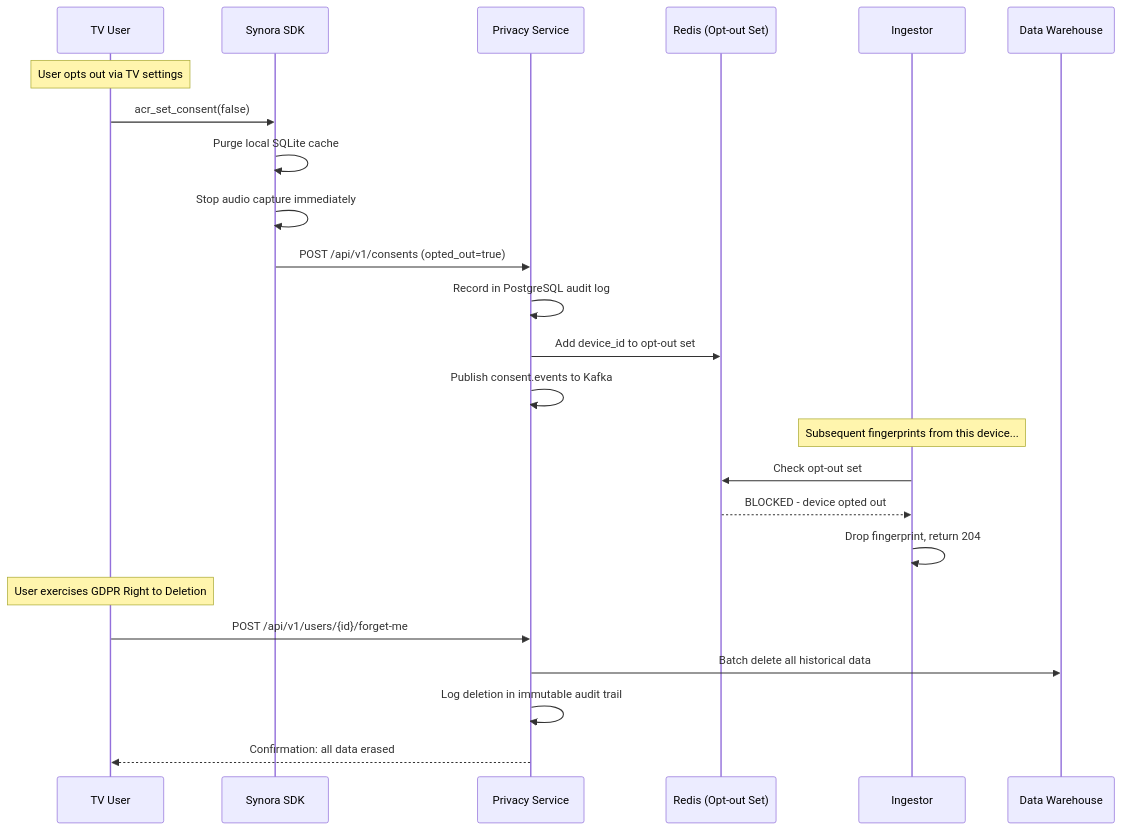
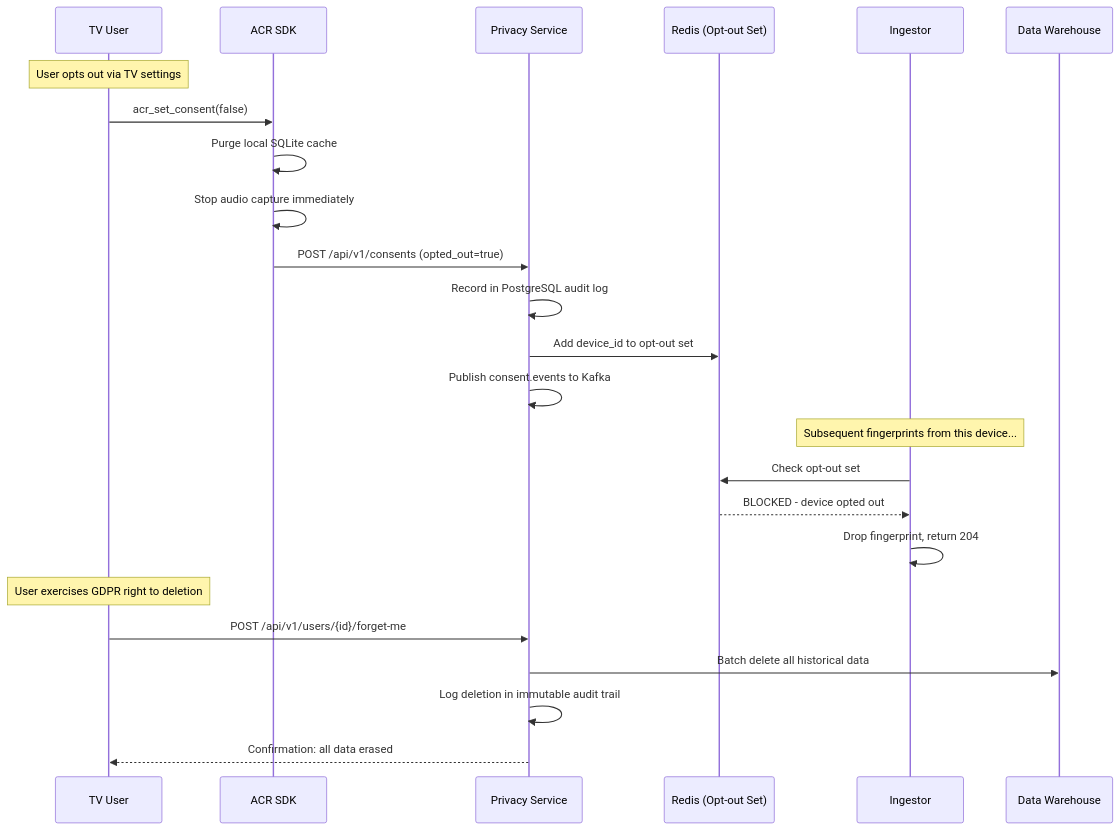
One commit to ksmettela/Synora changed the seventh of 12 diagrams in PRODUCT_BLOG.md. Above: the diagram before and after it, drawn with Mermaid. The commit also changed other lines of this file and 27 other files, not shown here.

````diff
--- a/PRODUCT_BLOG.md
+++ b/PRODUCT_BLOG.md
@@ -408,30 +409,30 @@
 ```mermaid
 sequenceDiagram
     participant User as TV User
-    participant SDK as Synora SDK
+    participant SDK as ACR SDK
     participant PRIV as Privacy Service
     participant REDIS as Redis (Opt-out Set)
     participant ING as Ingestor
     participant ICE as Data Warehouse
 
     Note over User: User opts out via TV settings
 
     User->>SDK: acr_set_consent(false)
     SDK->>SDK: Purge local SQLite cache
     SDK->>SDK: Stop audio capture immediately
     SDK->>PRIV: POST /api/v1/consents (opted_out=true)
     PRIV->>PRIV: Record in PostgreSQL audit log
     PRIV->>REDIS: Add device_id to opt-out set
     PRIV->>PRIV: Publish consent.events to Kafka
 
     Note over ING: Subsequent fingerprints from this device...
     ING->>REDIS: Check opt-out set
     REDIS-->>ING: BLOCKED - device opted out
     ING->>ING: Drop fingerprint, return 204
 
-    Note over User: User exercises GDPR Right to Deletion
+    Note over User: User exercises GDPR right to deletion
     User->>PRIV: POST /api/v1/users/{id}/forget-me
     PRIV->>ICE: Batch delete all historical data
     PRIV->>PRIV: Log deletion in immutable audit trail
     PRIV-->>User: Confirmation: all data erased
 ```
````
